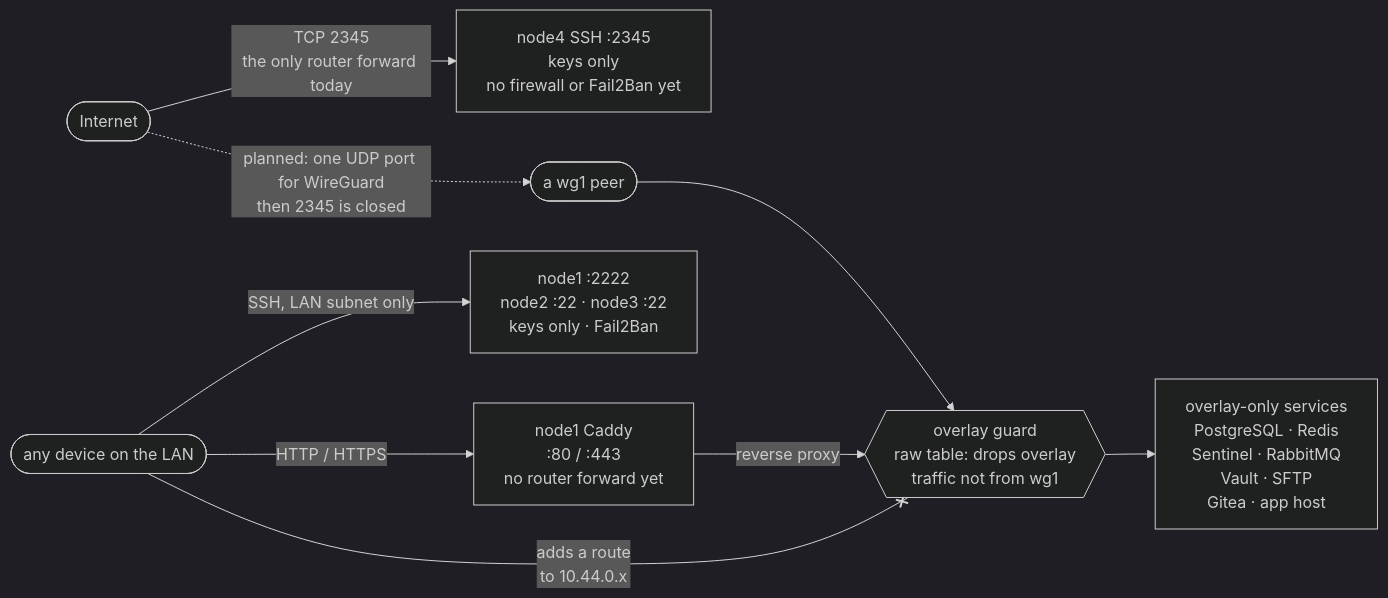
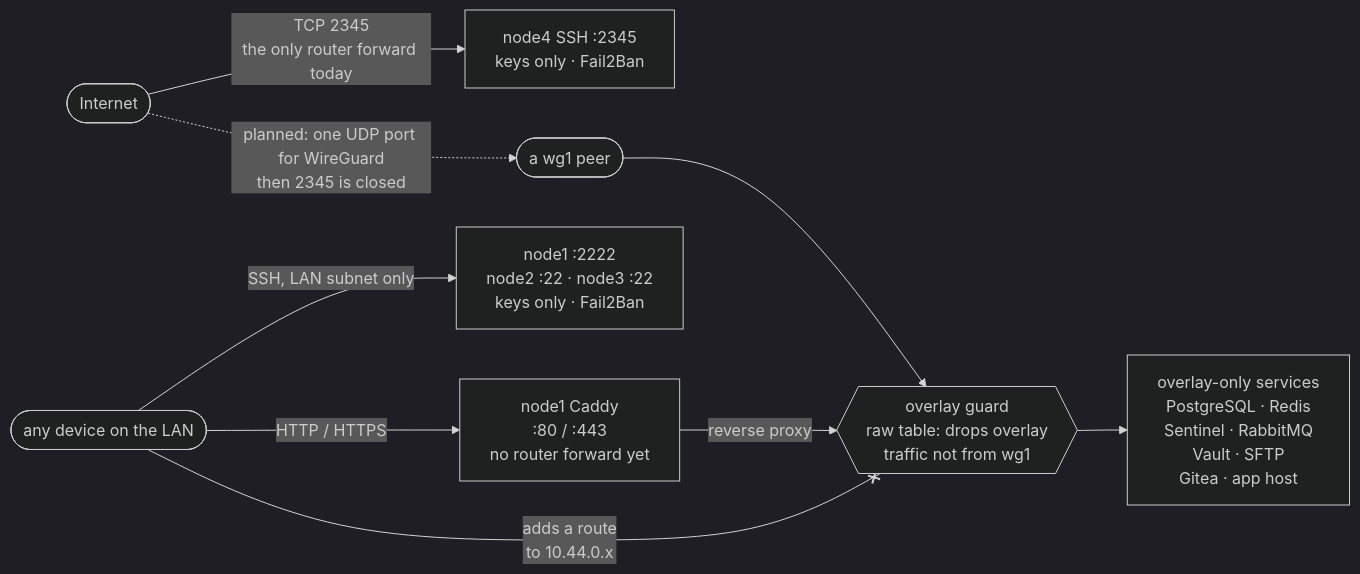
Before and after one commit to vpetukhov-wbss/homelab-infrastructure: the fourth of 8 diagrams in README.md, drawn with Mermaid (dark theme). The commit also changed other lines of this file and 13 other files, not shown here.

First line of the commit message:
feat(firewall): bring node4 behind ufw, the overlay guard and Fail2Ban

```diff
--- a/README.md
+++ b/README.md
@@ -111,16 +111,16 @@
 ~~~mermaid
 flowchart LR
     internet(["Internet"])
     lanhost(["any device on the LAN"])
     peer(["a wg1 peer"])
 
-    internet -- "TCP 2345<br/>the only router forward today" --> laptop["node4 SSH :2345<br/>keys only<br/>no firewall or Fail2Ban yet"]
+    internet -- "TCP 2345<br/>the only router forward today" --> laptop["node4 SSH :2345<br/>keys only · Fail2Ban"]
     internet -. "planned: one UDP port for WireGuard<br/>then 2345 is closed" .-> peer
 
     lanhost -- "SSH, LAN subnet only" --> nodessh["node1 :2222<br/>node2 :22 · node3 :22<br/>keys only · Fail2Ban"]
     lanhost -- "HTTP / HTTPS" --> caddy["node1 Caddy<br/>:80 / :443<br/>no router forward yet"]
     lanhost -- "adds a route<br/>to 10.44.0.x" --x guard{{"overlay guard<br/>raw table: drops overlay<br/>traffic not from wg1"}}
     peer --> guard
     caddy -- "reverse proxy" --> guard
     guard --> svc["overlay-only services<br/>PostgreSQL · Redis<br/>Sentinel · RabbitMQ<br/>Vault · SFTP<br/>Gitea · app host"]
 ~~~
```
